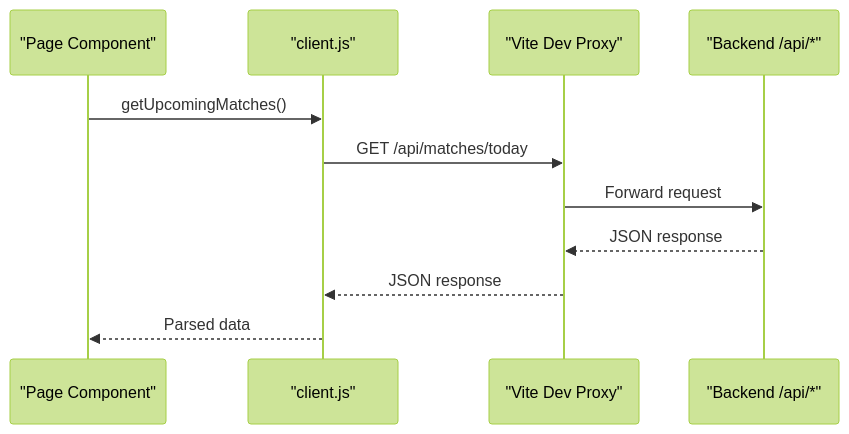
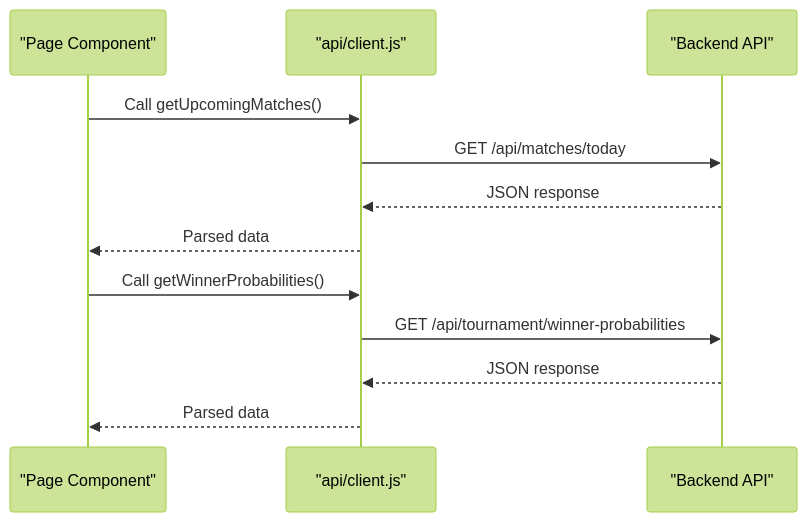
Before and after one commit to cheesiong/WC26-qwen: the fifth of 9 diagrams in .qoder/repowiki/en/content/System Architecture/Frontend Architecture.md, drawn with Mermaid (forest theme). The commit also changed other lines of this file and 181 other files, not shown here.

````diff
--- a/.qoder/repowiki/en/content/System Architecture/Frontend Architecture.md
+++ b/.qoder/repowiki/en/content/System Architecture/Frontend Architecture.md
@@ -220,13 +253,14 @@
 ```mermaid
 sequenceDiagram
 participant Page as "Page Component"
-participant API as "client.js"
-participant Proxy as "Vite Dev Proxy"
-participant Backend as "Backend /api/*"
-Page->>API : getUpcomingMatches()
-API->>Proxy : GET /api/matches/today
-Proxy->>Backend : Forward request
-Backend-->>Proxy : JSON response
-Proxy-->>API : JSON response
+participant API as "api/client.js"
+participant Backend as "Backend API"
+Page->>API : Call getUpcomingMatches()
+API->>Backend : GET /api/matches/today
+Backend-->>API : JSON response
+API-->>Page : Parsed data
+Page->>API : Call getWinnerProbabilities()
+API->>Backend : GET /api/tournament/winner-probabilities
+Backend-->>API : JSON response
 API-->>Page : Parsed data
 ```
````
